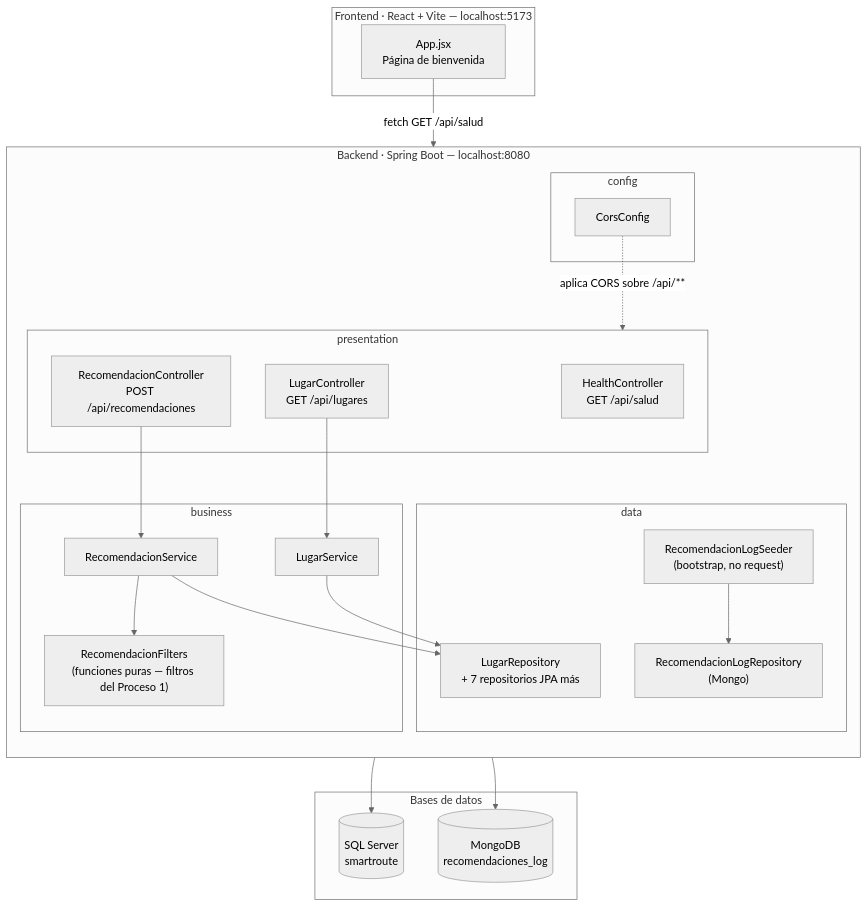
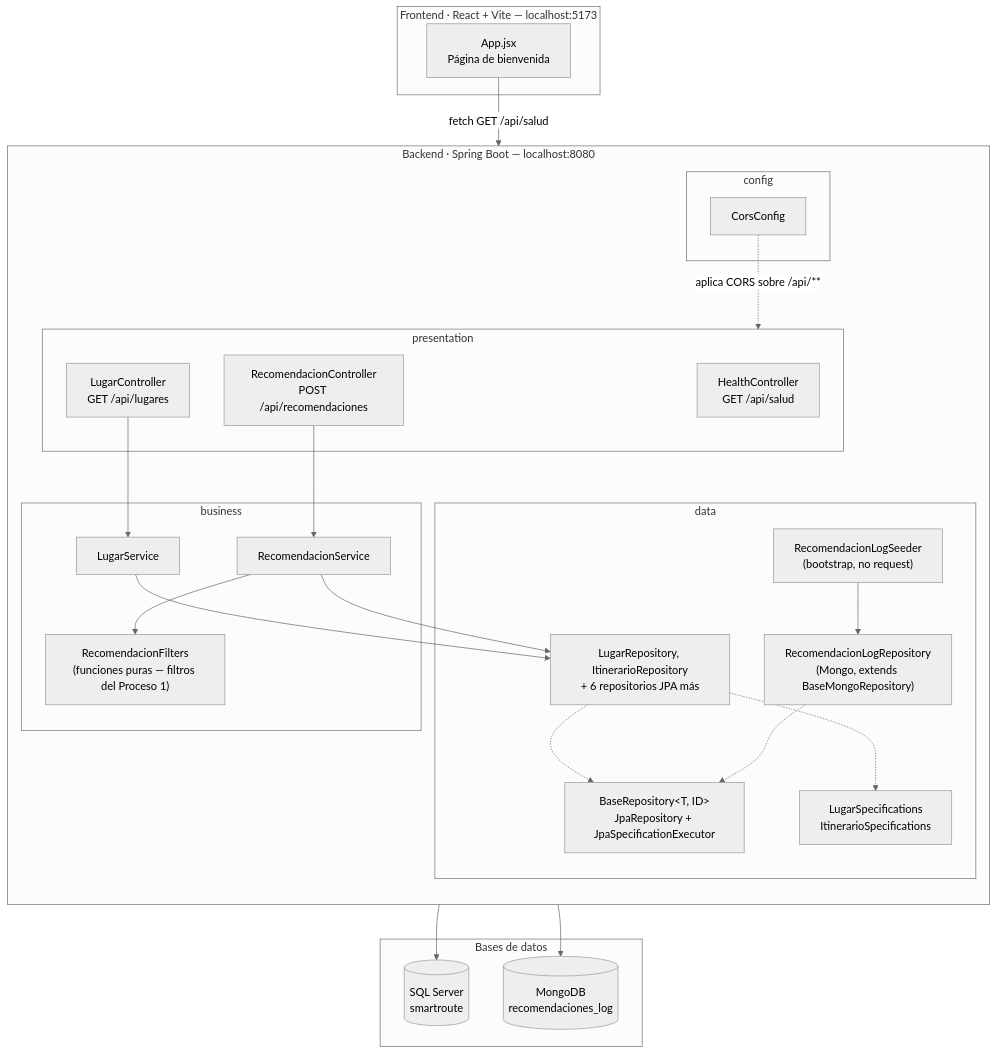
The diagram in docs/diagrama-arquitectura.md (ReachelVP/SmartRoute), drawn with Mermaid (neutral theme) before and after one commit. The commit also changed other lines of this file and 4 other files, not shown here.

````diff
--- a/docs/diagrama-arquitectura.md
+++ b/docs/diagrama-arquitectura.md
@@ -7,50 +9,55 @@
 ```mermaid
 flowchart TD
     subgraph Frontend["Frontend · React + Vite — localhost:5173"]
         UI["App.jsx<br/>Página de bienvenida"]
     end
 
     subgraph Backend["Backend · Spring Boot — localhost:8080"]
         direction TB
 
         subgraph Presentation["presentation"]
             HC["HealthController<br/>GET /api/salud"]
             LC["LugarController<br/>GET /api/lugares"]
             RC["RecomendacionController<br/>POST /api/recomendaciones"]
         end
 
         subgraph Business["business"]
             LS["LugarService"]
             RS["RecomendacionService"]
             RF["RecomendacionFilters<br/>(funciones puras — filtros del Proceso 1)"]
         end
 
         subgraph Data["data"]
-            LR["LugarRepository<br/>+ 7 repositorios JPA más"]
+            BASE["BaseRepository&lt;T, ID&gt;<br/>JpaRepository + JpaSpecificationExecutor"]
+            LR["LugarRepository, ItinerarioRepository<br/>+ 6 repositorios JPA más"]
+            SPEC["LugarSpecifications<br/>ItinerarioSpecifications"]
             SEED["RecomendacionLogSeeder<br/>(bootstrap, no request)"]
-            RL["RecomendacionLogRepository<br/>(Mongo)"]
+            RL["RecomendacionLogRepository<br/>(Mongo, extends BaseMongoRepository)"]
         end
 
         subgraph Config["config"]
             CC["CorsConfig"]
         end
     end
 
     subgraph Bases["Bases de datos"]
         SQL[("SQL Server<br/>smartroute")]
         MONGO[("MongoDB<br/>recomendaciones_log")]
     end
 
     UI -- "fetch GET /api/salud" --> HC
 
     LC --> LS
     LS --> LR
     RC --> RS
     RS --> RF
     RS --> LR
+    LR -.-> BASE
+    LR -.-> SPEC
     LR --> SQL
     SEED --> RL
+    RL -.-> BASE
     RL --> MONGO
 
     CC -. "aplica CORS sobre /api/**" .-> Presentation
 ```
````
